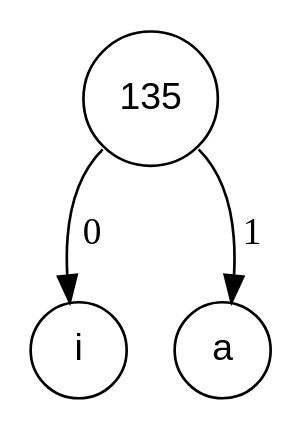
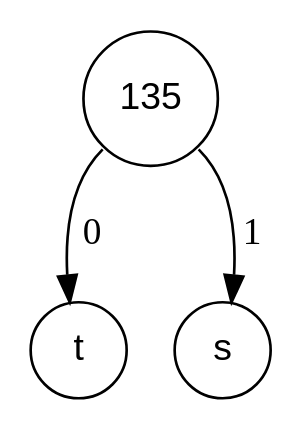
The diagram in fichiers_viz/arbre_codage_etape_8.dot (Procuste34/codage_huffman_c), drawn with Graphviz before and after one commit. The commit also changed 47 other files, not shown here.

```diff
--- a/fichiers_viz/arbre_codage_etape_8.dot
+++ b/fichiers_viz/arbre_codage_etape_8.dot
@@ -1,8 +1,8 @@
 digraph POT_test {
 node [fontname="Arial", shape="circle", width=0.5];
 135 [label = "135"]
-105 [label = "i"]
-97 [label = "a"]
-135:sw -> 105 [label = " 0"]
-135:se -> 97 [label = " 1"]
+116 [label = "t"]
+115 [label = "s"]
+135:sw -> 116 [label = " 0"]
+135:se -> 115 [label = " 1"]
 }
```
